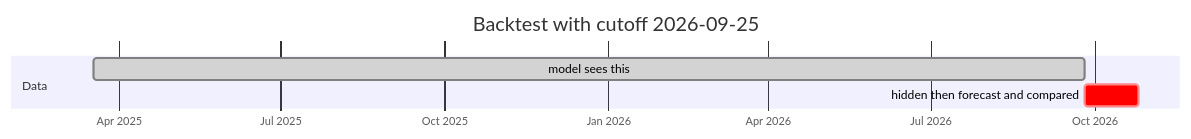
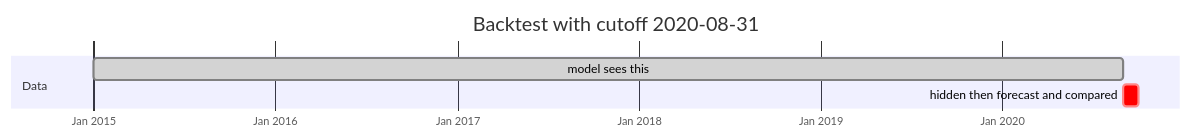
One commit to mourjo/zero-shot-forecasting changed the eighth of 11 diagrams in docs/01-concepts.md. Above: the diagram before and after it, drawn with Mermaid. The commit also changed other lines of this file and 3 other files, not shown here.

````diff
--- a/docs/01-concepts.md
+++ b/docs/01-concepts.md
@@ -385,9 +395,9 @@
 ```mermaid
 gantt
-    title Backtest with cutoff 2026-09-25
+    title Backtest with cutoff 2020-08-31
     dateFormat YYYY-MM-DD
     axisFormat %b %Y
     section Data
-    model sees this                    :done, 2025-03-18, 2026-09-26
-    hidden then forecast and compared  :crit, 2026-09-26, 30d
+    model sees this                    :done, 2015-01-01, 2020-09-01
+    hidden then forecast and compared  :crit, 2020-09-01, 30d
 ```
````
